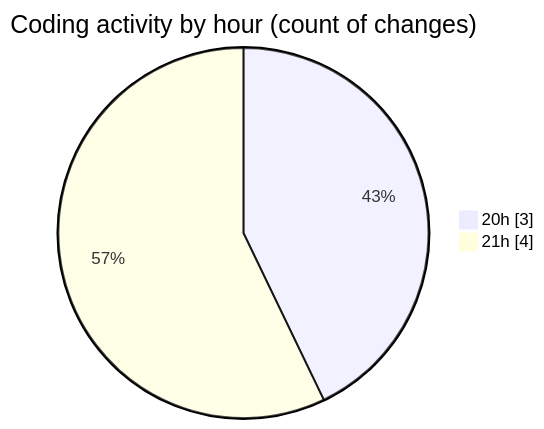
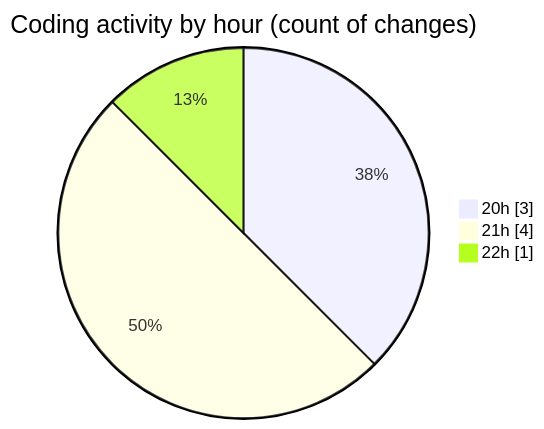
The second of 2 diagrams in 2025-09-07/quanlylink/README.md (lephambinh05/code-tracking), drawn with Mermaid before and after one commit. The commit also changed other lines of this file and 1 other file, not shown here.

````diff
--- a/2025-09-07/quanlylink/README.md
+++ b/2025-09-07/quanlylink/README.md
@@ -36,6 +38,7 @@
 ```mermaid
 pie showData
 title Coding activity by hour (count of changes)
 "20h" : 3
 "21h" : 4
+"22h" : 1
 ```
````
